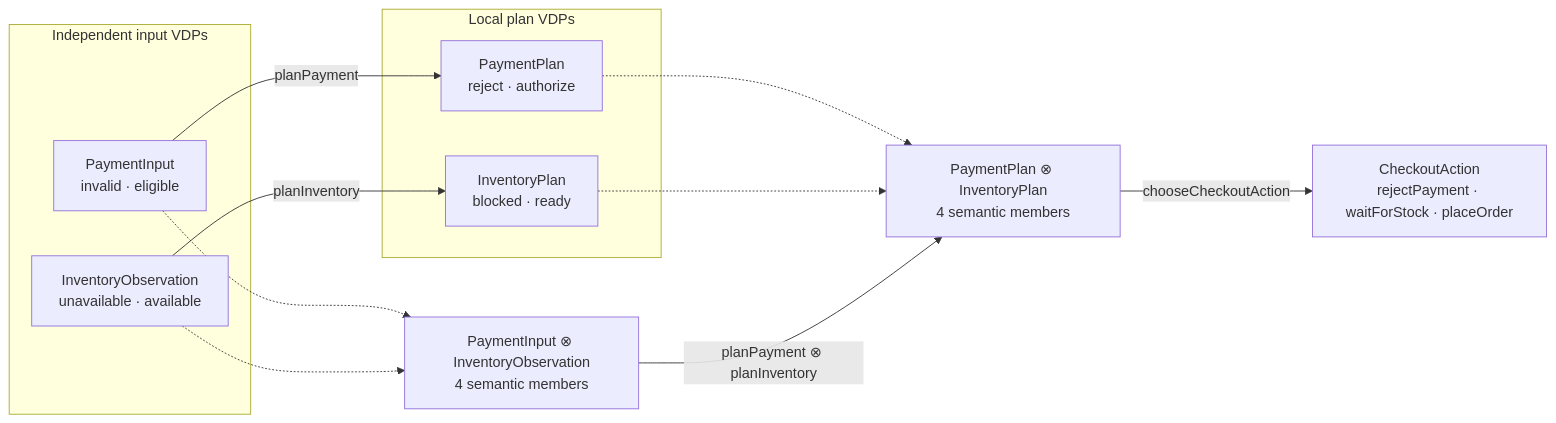
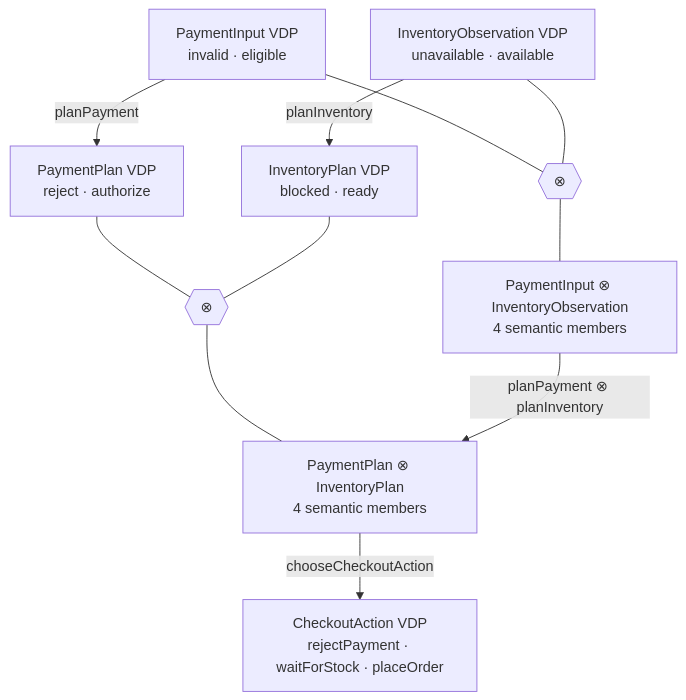
Before and after one commit to mrvanish97/archiscript: the first of 2 diagrams in README.md, drawn with Mermaid. The commit also changed other lines of this file, not shown here.

````diff
--- a/README.md
+++ b/README.md
@@ -388,27 +390,30 @@
 ```mermaid
-flowchart LR
-  subgraph INPUTS["Independent input VDPs"]
-    PI["PaymentInput<br/>invalid · eligible"]
-    II["InventoryObservation<br/>unavailable · available"]
-  end
+flowchart TB
+  PI["PaymentInput VDP<br/>invalid · eligible"]
+  II["InventoryObservation VDP<br/>unavailable · available"]
 
-  subgraph PLANS["Local plan VDPs"]
-    PP["PaymentPlan<br/>reject · authorize"]
-    IP["InventoryPlan<br/>blocked · ready"]
-  end
+  TIN{{"⊗"}}
+  JOINT_IN["PaymentInput ⊗ InventoryObservation<br/>4 semantic members"]
 
-  JOINT_IN["PaymentInput ⊗ InventoryObservation<br/>4 semantic members"]
+  PP["PaymentPlan VDP<br/>reject · authorize"]
+  IP["InventoryPlan VDP<br/>blocked · ready"]
+
+  TOUT{{"⊗"}}
   JOINT_PLAN["PaymentPlan ⊗ InventoryPlan<br/>4 semantic members"]
-  ACTION["CheckoutAction<br/>rejectPayment · waitForStock · placeOrder"]
+
+  ACTION["CheckoutAction VDP<br/>rejectPayment · waitForStock · placeOrder"]
 
   PI -->|"planPayment"| PP
   II -->|"planInventory"| IP
 
-  PI -.-> JOINT_IN
-  II -.-> JOINT_IN
-  PP -.-> JOINT_PLAN
-  IP -.-> JOINT_PLAN
+  PI --- TIN
+  II --- TIN
+  TIN --- JOINT_IN
+
+  PP --- TOUT
+  IP --- TOUT
+  TOUT --- JOINT_PLAN
 
   JOINT_IN -->|"planPayment ⊗ planInventory"| JOINT_PLAN
   JOINT_PLAN -->|"chooseCheckoutAction"| ACTION
 ```
````
